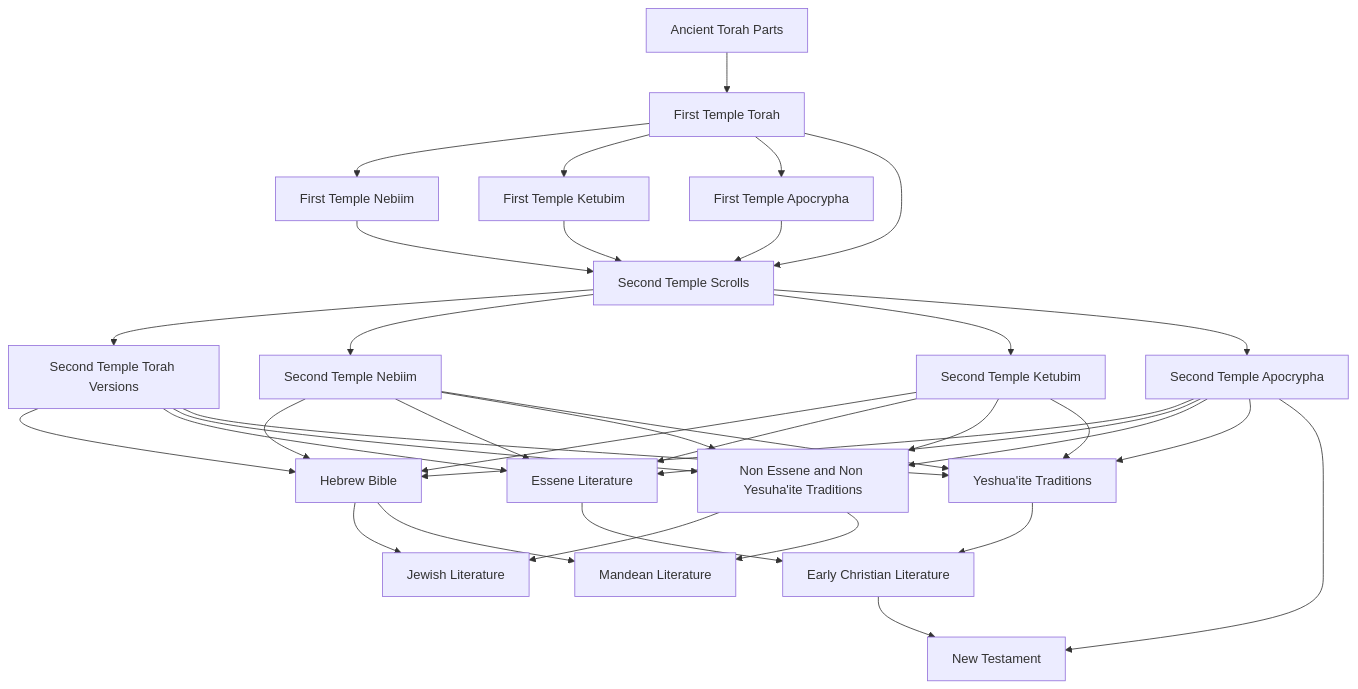
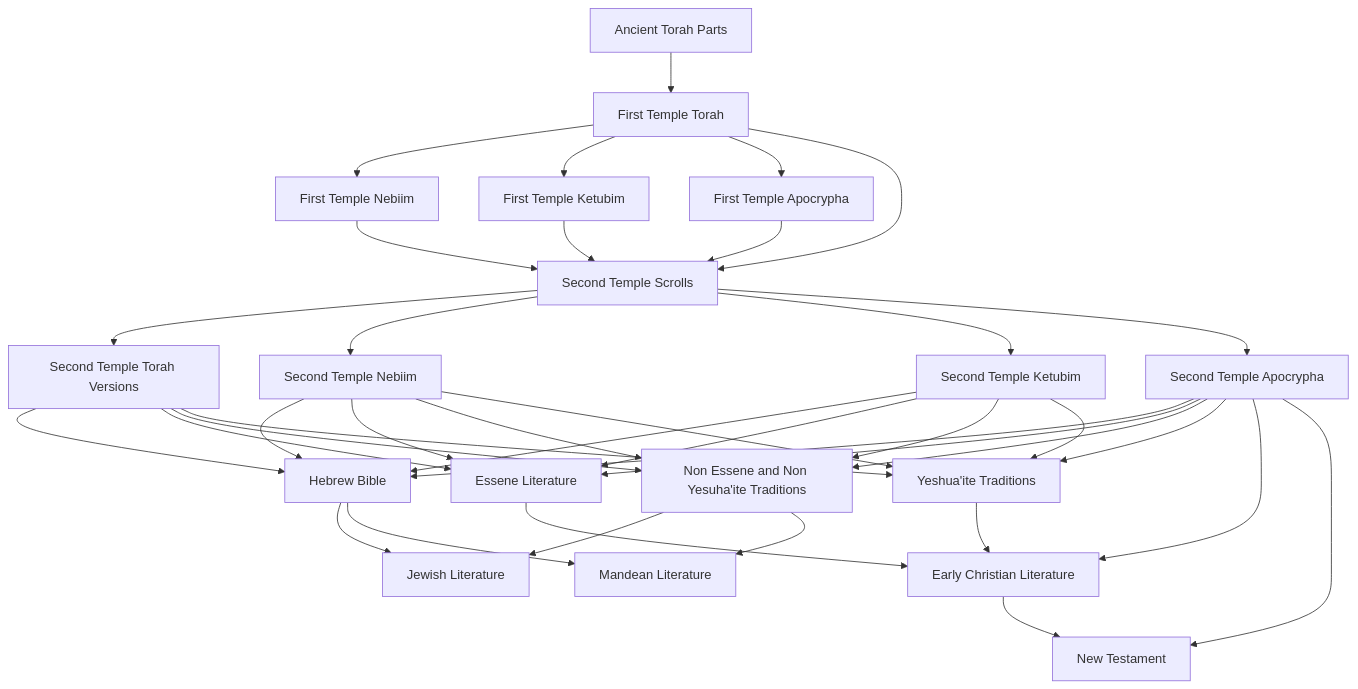
Before and after one commit to bendqh1/mermaid: the diagram in judeo_christian_religious_literature.mermaid, drawn with Mermaid.

```diff
--- a/judeo_christian_religious_literature.mermaid
+++ b/judeo_christian_religious_literature.mermaid
@@ -1,23 +1,23 @@
 flowchart TD
     A1[Ancient Torah Parts]
     A1 --> A2[First Temple Torah]
     A2 --> A3[First Temple Nebiim] 
     A2 --> A4[First Temple Ketubim]
     A2 --> A5[First Temple Apocrypha]
     A2 & A3 & A4 & A5 --> B1[Second Temple Scrolls]
 
     B1 --> B2[Second Temple Torah Versions]
     B1 --> B3[Second Temple Nebiim]
     B1 --> B4[Second Temple Ketubim]
     B1 --> B5[Second Temple Apocrypha]
 
     B2 & B3 & B4 & B5 --> C1[Hebrew Bible]
     B2 & B3 & B4 & B5 --> C2[Essene Literature]
     B2 & B3 & B4 & B5 --> C3[Non Essene and Non Yesuha'ite Traditions]
     B2 & B3 & B4 & B5 --> C4[Yeshua'ite Traditions]
 
     C1 & C3 --> D1[Jewish Literature]
     C1 & C3 --> D2[Mandean Literature]
-    C2 & C4 --> D3[Early Christian Literature]
+    B5 & C2 & C4 --> D3[Early Christian Literature]
 
     B5 & D3 --> E1[New Testament]
```
